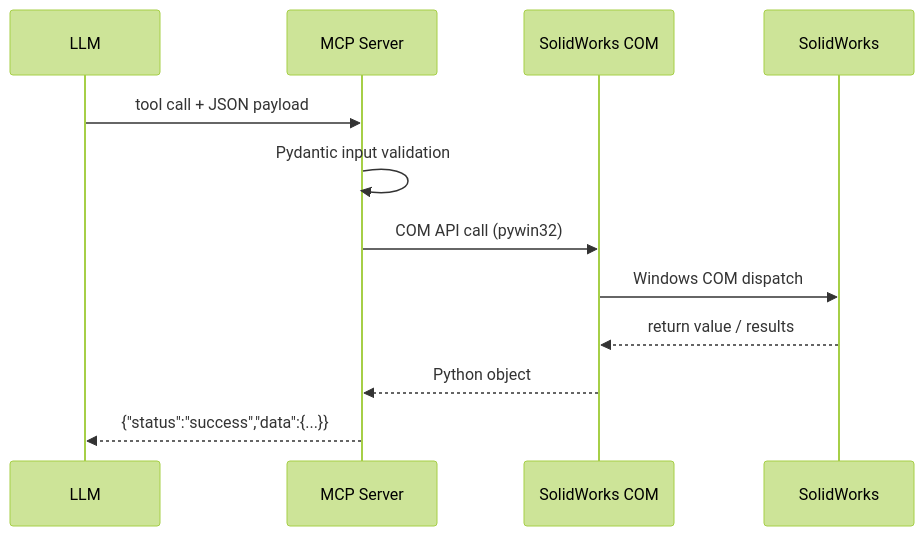
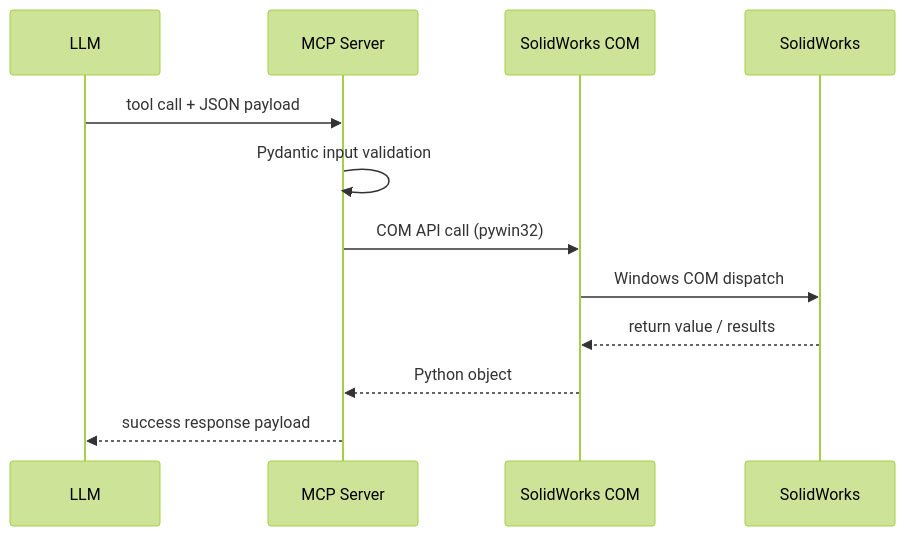
Before and after one commit to andrewbartels1/SolidworksMCP-python: the diagram in docs/user-guide/tool-catalog/index.md, drawn with Mermaid (forest theme). The commit also changed 6 other files, not shown here.

Commit message:
fix(docs): stabilize mermaid rendering in local docs preview

````diff
--- a/docs/user-guide/tool-catalog/index.md
+++ b/docs/user-guide/tool-catalog/index.md
@@ -42,15 +42,15 @@
 ```mermaid
 sequenceDiagram
     participant LLM
     participant MCP as MCP Server
     participant COM as SolidWorks COM
     participant SW as SolidWorks
 
     LLM->>MCP: tool call + JSON payload
     MCP->>MCP: Pydantic input validation
     MCP->>COM: COM API call (pywin32)
     COM->>SW: Windows COM dispatch
     SW-->>COM: return value / results
     COM-->>MCP: Python object
-    MCP-->>LLM: {"status":"success","data":{...}}
+    MCP-->>LLM: success response payload
 ```
````
